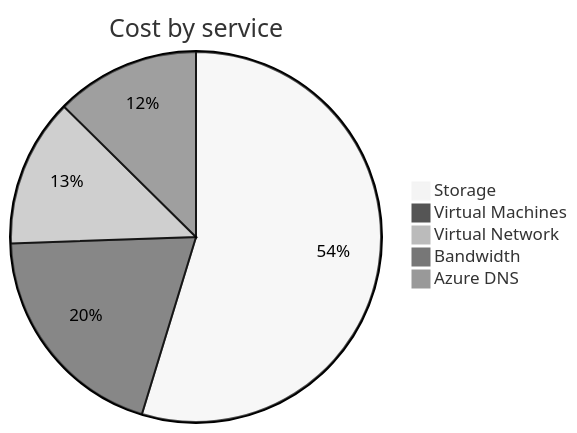
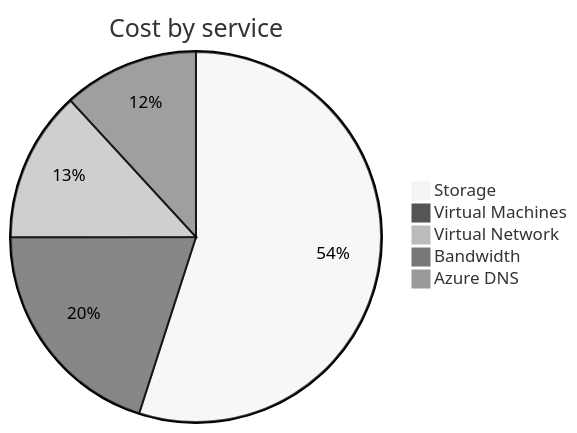
One commit to jpfulton/azure-personal-reports changed the second of 4 diagrams in cost-reports/personal-network/README.md. Above: the diagram before and after it, drawn with Mermaid (neutral theme). The commit also changed other lines of this file and 8 other files, not shown here.

````diff
--- a/cost-reports/personal-network/README.md
+++ b/cost-reports/personal-network/README.md
@@ -99,9 +99,9 @@
 ```mermaid
 pie
    title Cost by service
-   "Storage" : 12.12
-   "Virtual Machines" : 4.37
-   "Virtual Network" : 2.87
+   "Storage" : 12.96
+   "Virtual Machines" : 4.72
+   "Virtual Network" : 3.11
    "Bandwidth" : 2.79
-   "Azure DNS" : 0.19
+   "Azure DNS" : 0.21
 ```
````
